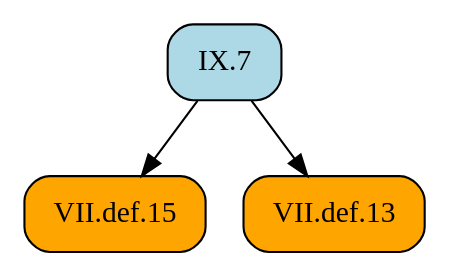
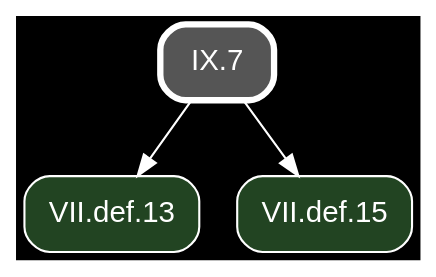
The diagram in docsrc/heath/IX/7/index.rst (geometor/elements), drawn with Graphviz before and after one commit. The commit also changed other lines of this file and 1200 other files, not shown here.

Commit message:
update dependency graphs

```diff
--- a/docsrc/heath/IX/7/index.rst
+++ b/docsrc/heath/IX/7/index.rst
@@ -34,11 +34,13 @@
 .. graphviz::
 
    digraph {
+     bgcolor="black";
+     node [shape=box, style="rounded,filled", fontname="Helvetica", color="white", fontcolor="white"];
+     edge [color="white", fontcolor="white"];
      rankdir="TB";
-     node [shape=box, style=rounded];
-     "VII.def.15" [style="rounded,filled", fillcolor=orange, URL="/heath/VII/def.15/", target="_top"];
-     "IX.7" [style="rounded,filled", fillcolor=lightblue, URL="/heath/IX/7/", target="_top"];
-     "VII.def.13" [style="rounded,filled", fillcolor=orange, URL="/heath/VII/def.13/", target="_top"];
+     "VII.def.13" [fillcolor="#224422", URL="/heath/VII/def.13/", target="_top"];
+     "IX.7" [penwidth=3, color="white", fillcolor="#555555", URL="/heath/IX/7/", target="_top"];
+     "VII.def.15" [fillcolor="#224422", URL="/heath/VII/def.15/", target="_top"];
+     "IX.7" -> "VII.def.13";
      "IX.7" -> "VII.def.15";
-     "IX.7" -> "VII.def.13";
    }
```
